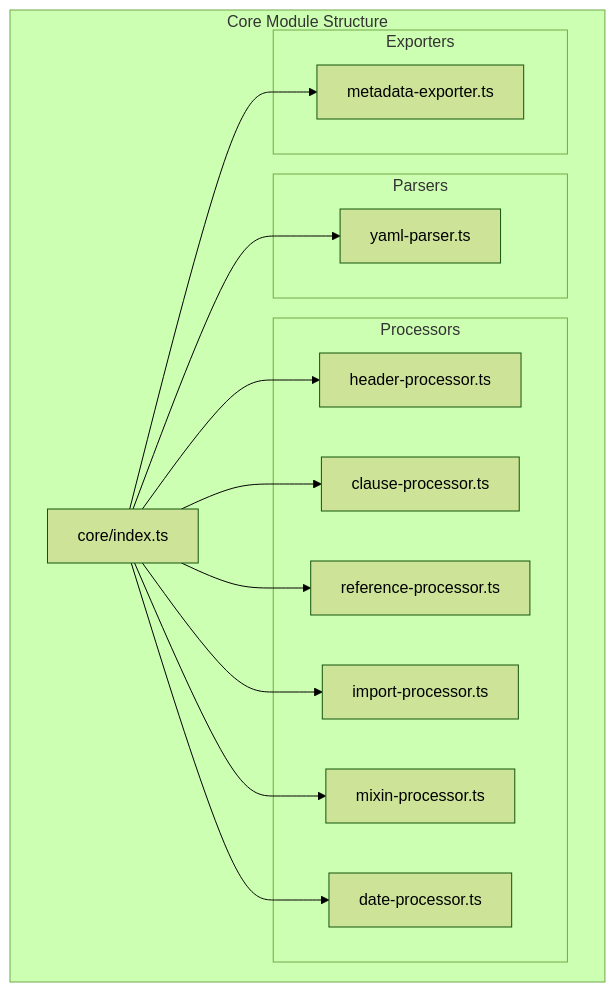
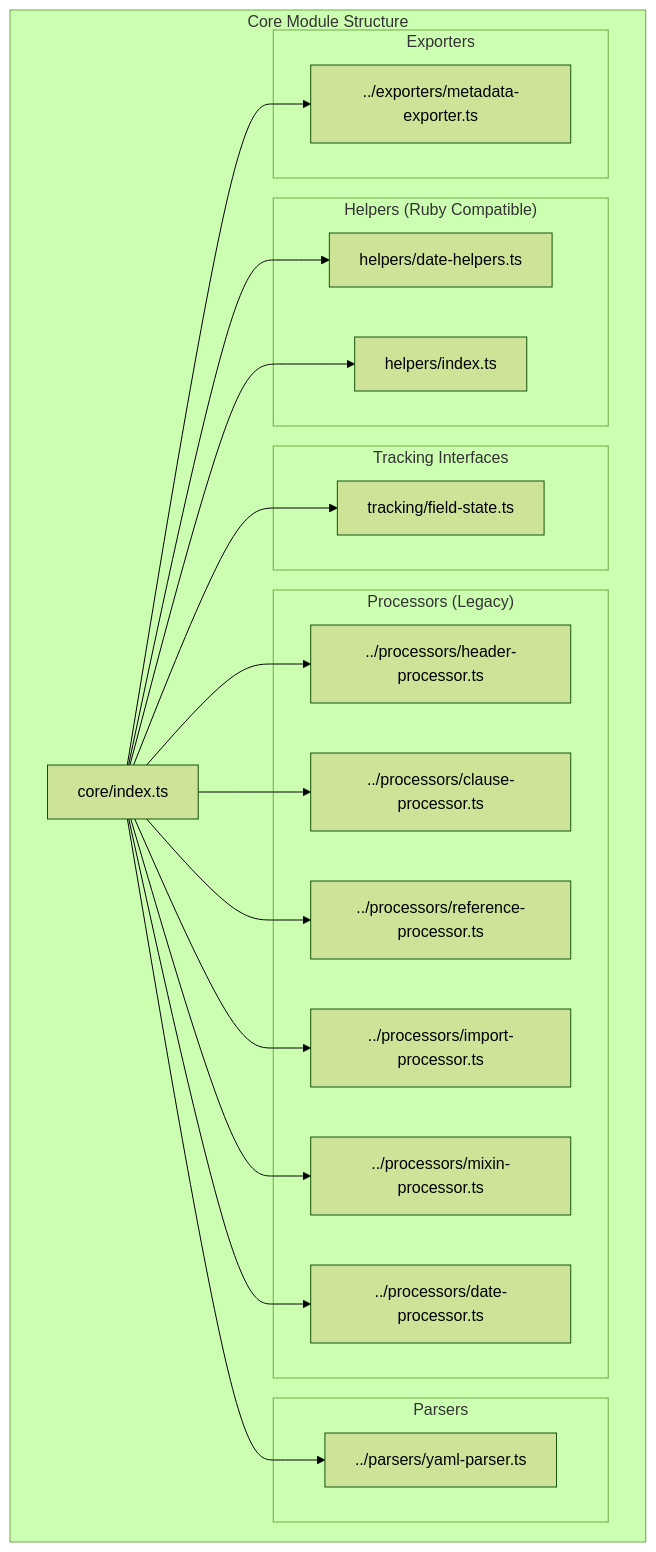
The third of 25 diagrams in docs/ARCHITECTURE.md (petalo/legal-markdown-js), drawn with Mermaid (forest theme) before and after one commit. The commit also changed other lines of this file and 50 other files, not shown here.

First line of the commit message:
refactor: reorganize src/ directory into core/extensions architecture

````diff
--- a/docs/ARCHITECTURE.md
+++ b/docs/ARCHITECTURE.md
@@ -150,32 +150,44 @@
 ```mermaid
 graph TB
     subgraph "Core Module Structure"
         CORE[core/index.ts]
 
-        subgraph "Parsers"
-            YAML_P[yaml-parser.ts]
+        subgraph "Helpers (Ruby Compatible)"
+            DATE_H[helpers/date-helpers.ts]
+            HELP_IDX[helpers/index.ts]
         end
 
-        subgraph "Processors"
-            HEADER_P[header-processor.ts]
-            CLAUSE_P[clause-processor.ts]
-            REF_P[reference-processor.ts]
-            IMPORT_P[import-processor.ts]
-            MIXIN_P[mixin-processor.ts]
-            DATE_P[date-processor.ts]
+        subgraph "Tracking Interfaces"
+            FIELD_STATE[tracking/field-state.ts]
+        end
+
+        subgraph "Processors (Legacy)"
+            HEADER_P[../processors/header-processor.ts]
+            CLAUSE_P[../processors/clause-processor.ts]
+            REF_P[../processors/reference-processor.ts]
+            IMPORT_P[../processors/import-processor.ts]
+            MIXIN_P[../processors/mixin-processor.ts]
+            DATE_P[../processors/date-processor.ts]
+        end
+
+        subgraph "Parsers"
+            YAML_P[../parsers/yaml-parser.ts]
         end
 
         subgraph "Exporters"
-            META_E[metadata-exporter.ts]
+            META_E[../exporters/metadata-exporter.ts]
         end
     end
 
-    CORE --> YAML_P
+    CORE --> DATE_H
+    CORE --> HELP_IDX
+    CORE --> FIELD_STATE
     CORE --> HEADER_P
     CORE --> CLAUSE_P
     CORE --> REF_P
     CORE --> IMPORT_P
     CORE --> MIXIN_P
     CORE --> DATE_P
+    CORE --> YAML_P
     CORE --> META_E
 ```
````
